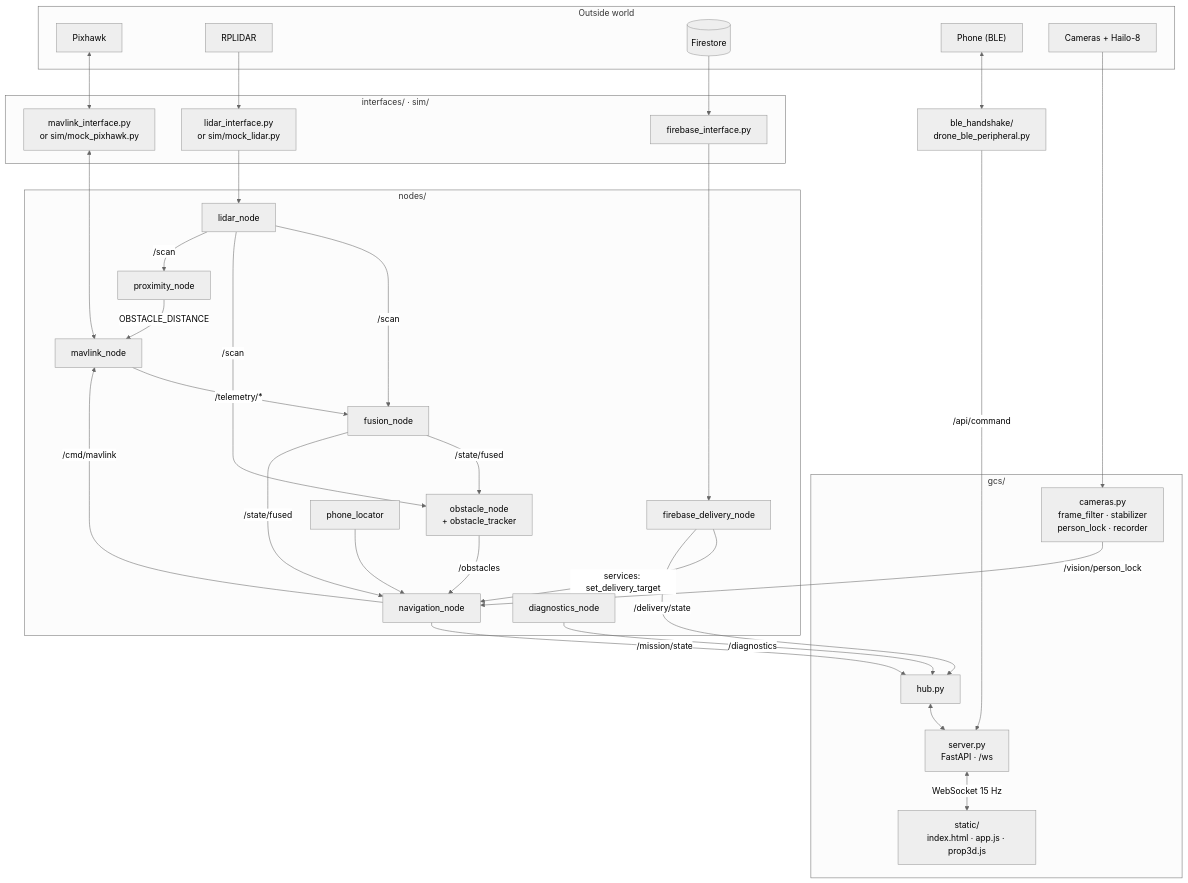
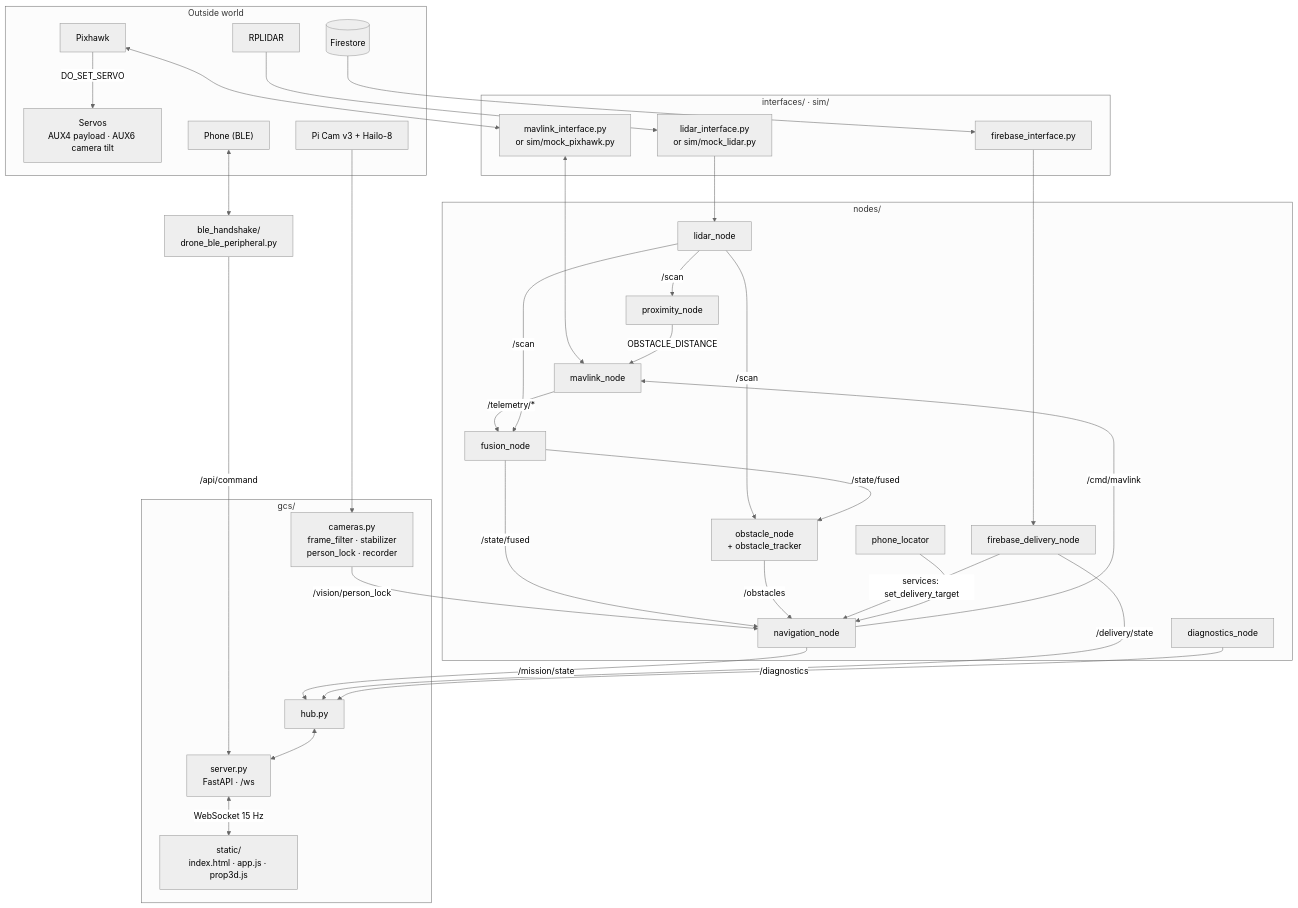
Before and after one commit to GVishwasReddy/AERIX-Capestone-Team-21-: the second of 2 diagrams in docs/FILE_STRUCTURE.md, drawn with Mermaid (neutral theme). The commit also changed other lines of this file and 4 other files, not shown here.

````diff
--- a/docs/FILE_STRUCTURE.md
+++ b/docs/FILE_STRUCTURE.md
@@ -84,60 +84,62 @@
 ```mermaid
 flowchart TB
     subgraph ext["Outside world"]
         PX["Pixhawk"]
+        SRV["Servos<br/>AUX4 payload · AUX6 camera tilt"]
         LD["RPLIDAR"]
         FS[("Firestore")]
         PH["Phone (BLE)"]
-        CM["Cameras + Hailo-8"]
+        CM["Pi Cam v3 + Hailo-8"]
     end
 
     subgraph ifc["interfaces/ · sim/"]
         MI["mavlink_interface.py<br/>or sim/mock_pixhawk.py"]
         LI["lidar_interface.py<br/>or sim/mock_lidar.py"]
         FI["firebase_interface.py"]
     end
 
     subgraph nd["nodes/"]
         MN["mavlink_node"]
         LN["lidar_node"]
         FN["fusion_node"]
         ON["obstacle_node<br/>+ obstacle_tracker"]
         PN["proximity_node"]
         NN["navigation_node"]
         DN["firebase_delivery_node"]
         PL["phone_locator"]
         DG["diagnostics_node"]
     end
 
     subgraph gc["gcs/"]
         SV["server.py<br/>FastAPI · /ws"]
         HB["hub.py"]
         CA["cameras.py<br/>frame_filter · stabilizer<br/>person_lock · recorder"]
         ST["static/<br/>index.html · app.js · prop3d.js"]
     end
 
     BLEP["ble_handshake/<br/>drone_ble_peripheral.py"]
 
     PX <--> MI <--> MN
+    PX -->|"DO_SET_SERVO"| SRV
     LD --> LI --> LN
     FS --> FI --> DN
     CM --> CA
     PH <--> BLEP -->|"/api/command"| SV
 
     MN -->|"/telemetry/*"| FN
     LN -->|"/scan"| FN
     LN -->|"/scan"| ON
     LN -->|"/scan"| PN
     FN -->|"/state/fused"| ON
     FN -->|"/state/fused"| NN
     ON -->|"/obstacles"| NN
     PN -->|"OBSTACLE_DISTANCE"| MN
     DN -->|"services: set_delivery_target"| NN
     CA -->|"/vision/person_lock"| NN
     PL --> NN
     NN -->|"/cmd/mavlink"| MN
     NN -->|"/mission/state"| HB
     DN -->|"/delivery/state"| HB
     DG -->|"/diagnostics"| HB
     HB <--> SV <-->|"WebSocket 15 Hz"| ST
 ```
````
